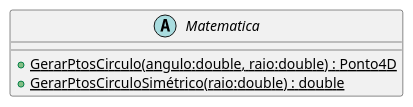
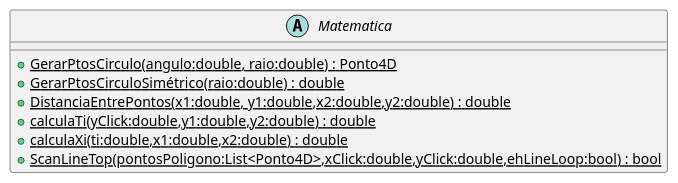
Before and after one commit to gfibrantz/disciplinaCg_2022-1_mat_equipe-01: the diagram in CG_Biblioteca/plantuml/Matematica.wsd, drawn with PlantUML. The commit also changed 4 other files, not shown here.

Commit message:
inicio plantuml

```diff
--- a/CG_Biblioteca/plantuml/Matematica.wsd
+++ b/CG_Biblioteca/plantuml/Matematica.wsd
@@ -1,6 +1,10 @@
 @startuml Matematica
 abstract class Matematica {
     + {static} GerarPtosCirculo(angulo:double, raio:double) : Ponto4D
     + {static} GerarPtosCirculoSimétrico(raio:double) : double
+    + {static} DistanciaEntrePontos(x1:double, y1:double,x2:double,y2:double) : double
+    + {static} calculaTi(yClick:double,y1:double,y2:double) : double
+    + {static} calculaXi(ti:double,x1:double,x2:double) : double
+    + {static} ScanLineTop(pontosPoligono:List<Ponto4D>,xClick:double,yClick:double,ehLineLoop:bool) : bool
 }
 @enduml
```
